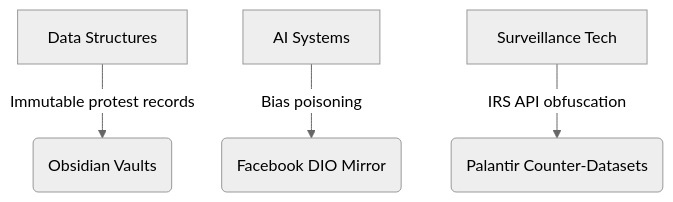
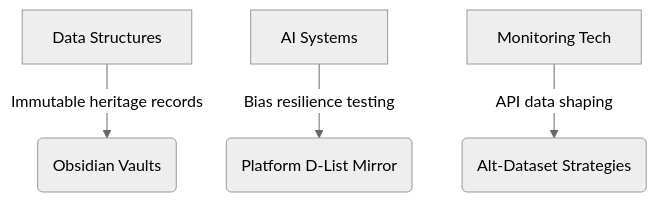
The diagram in obsidian_fortress/agents/session_logs/cg_scribe_handoff.md (digitalscorpyun/anacostia-vault), drawn with Mermaid (neutral theme) before and after one commit. The commit also changed other lines of this file and 7 other files, not shown here.

````diff
--- a/obsidian_fortress/agents/session_logs/cg_scribe_handoff.md
+++ b/obsidian_fortress/agents/session_logs/cg_scribe_handoff.md
@@ -41,6 +41,6 @@
-   ```mermaid  
-   graph TD  
-     A[Data Structures] -->|Immutable protest records| B(Obsidian Vaults)  
-     C[AI Systems] -->|Bias poisoning| D(Facebook DIO Mirror)  
-     E[Surveillance Tech] -->|IRS API obfuscation| F(Palantir Counter-Datasets)  
-   ```  
+   ```mermaid
+   graph TD
+     A[Data Structures] -->|Immutable heritage records| B(Obsidian Vaults)
+     C[AI Systems] -->|Bias resilience testing| D(Platform D-List Mirror)
+     E[Monitoring Tech] -->|API data shaping| F(Alt-Dataset Strategies)
+```
````
